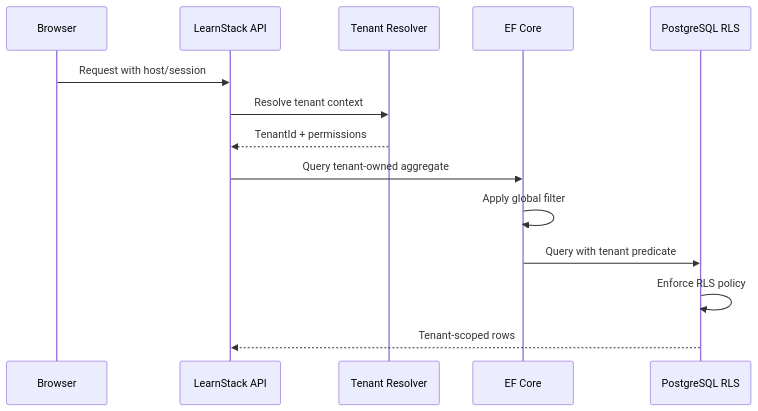
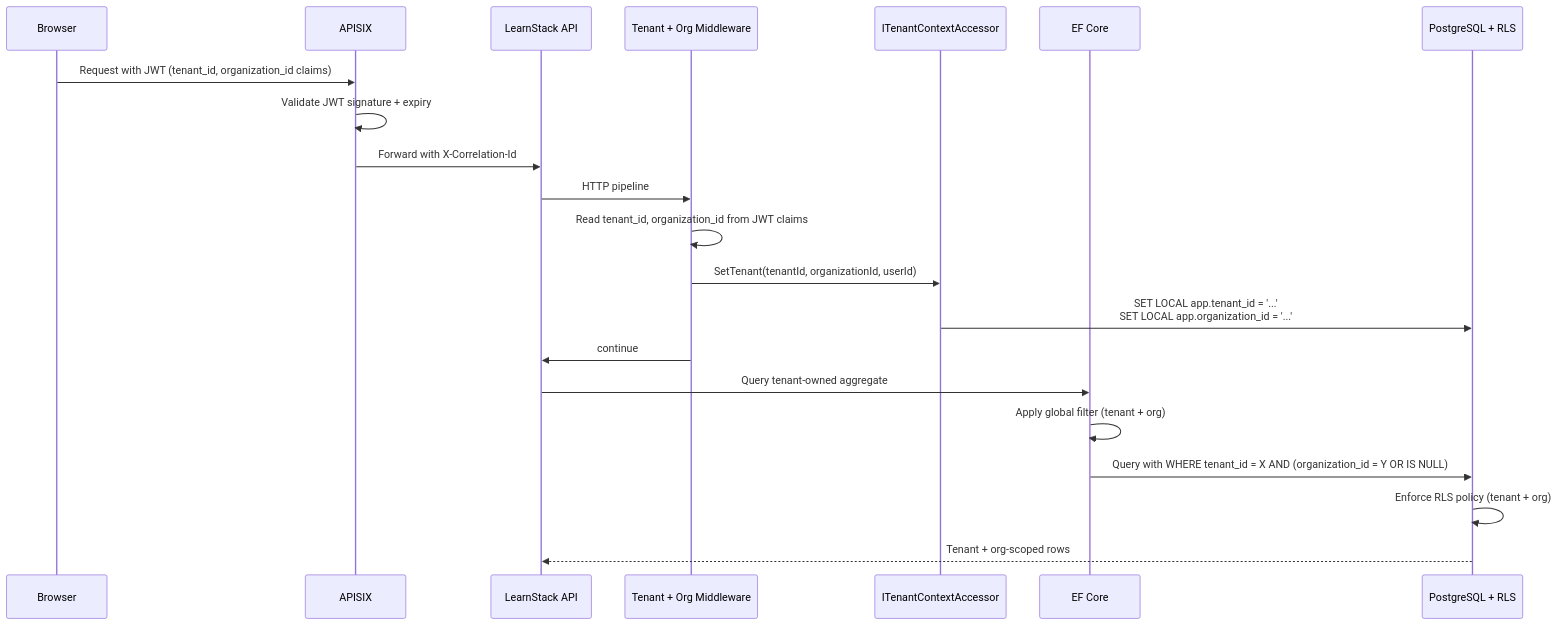
The diagram in docs/architecture/09-tenant-isolation.md (HodeTech/LearnStack), drawn with Mermaid before and after one commit. The commit also changed other lines of this file and 77 other files, not shown here.

````diff
--- a/docs/architecture/09-tenant-isolation.md
+++ b/docs/architecture/09-tenant-isolation.md
@@ -19,17 +42,24 @@
 ```mermaid
 sequenceDiagram
     participant Browser
+    participant APISIX
     participant API as LearnStack API
-    participant Resolver as Tenant Resolver
+    participant MW as Tenant + Org Middleware
+    participant Accessor as ITenantContextAccessor
     participant EF as EF Core
-    participant PG as PostgreSQL RLS
+    participant PG as PostgreSQL + RLS
 
-    Browser->>API: Request with host/session
-    API->>Resolver: Resolve tenant context
-    Resolver-->>API: TenantId + permissions
+    Browser->>APISIX: Request with JWT (tenant_id, organization_id claims)
+    APISIX->>APISIX: Validate JWT signature + expiry
+    APISIX->>API: Forward with X-Correlation-Id
+    API->>MW: HTTP pipeline
+    MW->>MW: Read tenant_id, organization_id from JWT claims
+    MW->>Accessor: SetTenant(tenantId, organizationId, userId)
+    Accessor->>PG: SET LOCAL app.tenant_id = '...'<br/>SET LOCAL app.organization_id = '...'
+    MW->>API: continue
     API->>EF: Query tenant-owned aggregate
-    EF->>EF: Apply global filter
-    EF->>PG: Query with tenant predicate
-    PG->>PG: Enforce RLS policy
-    PG-->>API: Tenant-scoped rows
+    EF->>EF: Apply global filter (tenant + org)
+    EF->>PG: Query with WHERE tenant_id = X AND (organization_id = Y OR IS NULL)
+    PG->>PG: Enforce RLS policy (tenant + org)
+    PG-->>API: Tenant + org-scoped rows
 ```
````
